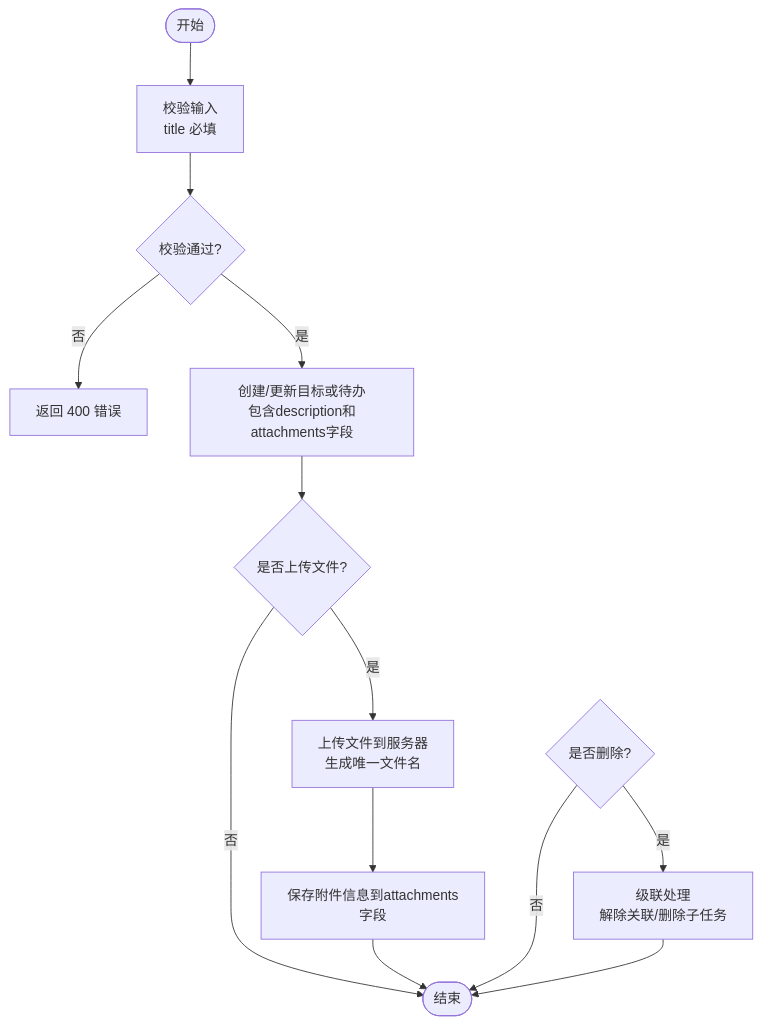
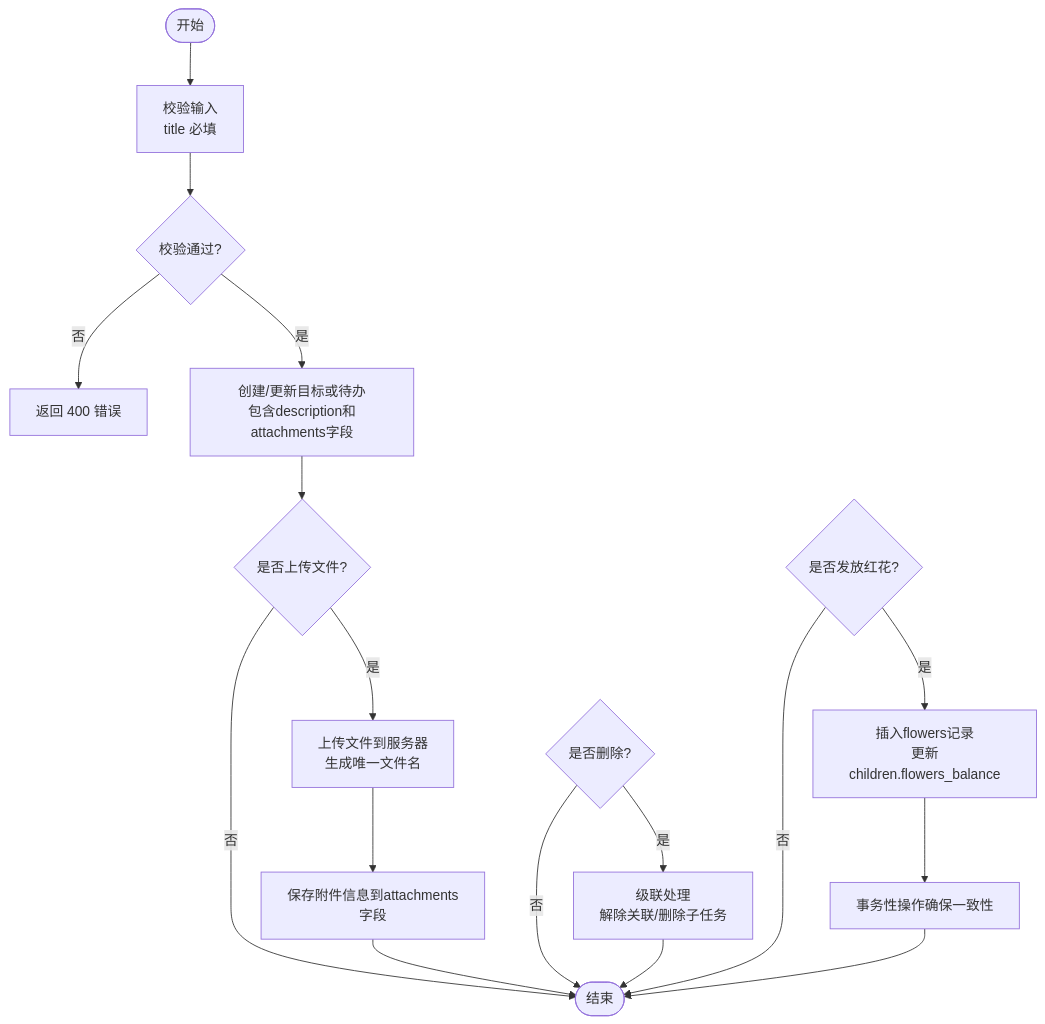
Before and after one commit to dawny123123/StarParadise: the third of 3 diagrams in .qoder/repowiki/zh/content/功能模块说明/目标管理需求实现SOP.md, drawn with Mermaid. The commit also changed other lines of this file and 71 other files, not shown here.

````diff
--- a/.qoder/repowiki/zh/content/功能模块说明/目标管理需求实现SOP.md
+++ b/.qoder/repowiki/zh/content/功能模块说明/目标管理需求实现SOP.md
@@ -198,16 +236,21 @@
 ```mermaid
 flowchart TD
 Start(["开始"]) --> Validate["校验输入<br/>title 必填"]
 Validate --> Valid{"校验通过?"}
 Valid --> |否| ReturnErr["返回 400 错误"]
 Valid --> |是| CreateOrUpdate["创建/更新目标或待办<br/>包含description和attachments字段"]
 CreateOrUpdate --> FileUpload{"是否上传文件?"}
 FileUpload --> |否| End(["结束"])
 FileUpload --> |是| UploadFiles["上传文件到服务器<br/>生成唯一文件名"]
 UploadFiles --> SaveAttachments["保存附件信息到attachments字段"]
 SaveAttachments --> End
 DeleteFlow{"是否删除?"}
 DeleteFlow --> |否| End
 DeleteFlow --> |是| Cascade["级联处理<br/>解除关联/删除子任务"]
 Cascade --> End
+FlowerFlow{"是否发放红花?"}
+FlowerFlow --> |否| End
+FlowerFlow --> |是| AddFlower["插入flowers记录<br/>更新children.flowers_balance"]
+AddFlower --> Transaction["事务性操作确保一致性"]
+Transaction --> End
 ```
````
